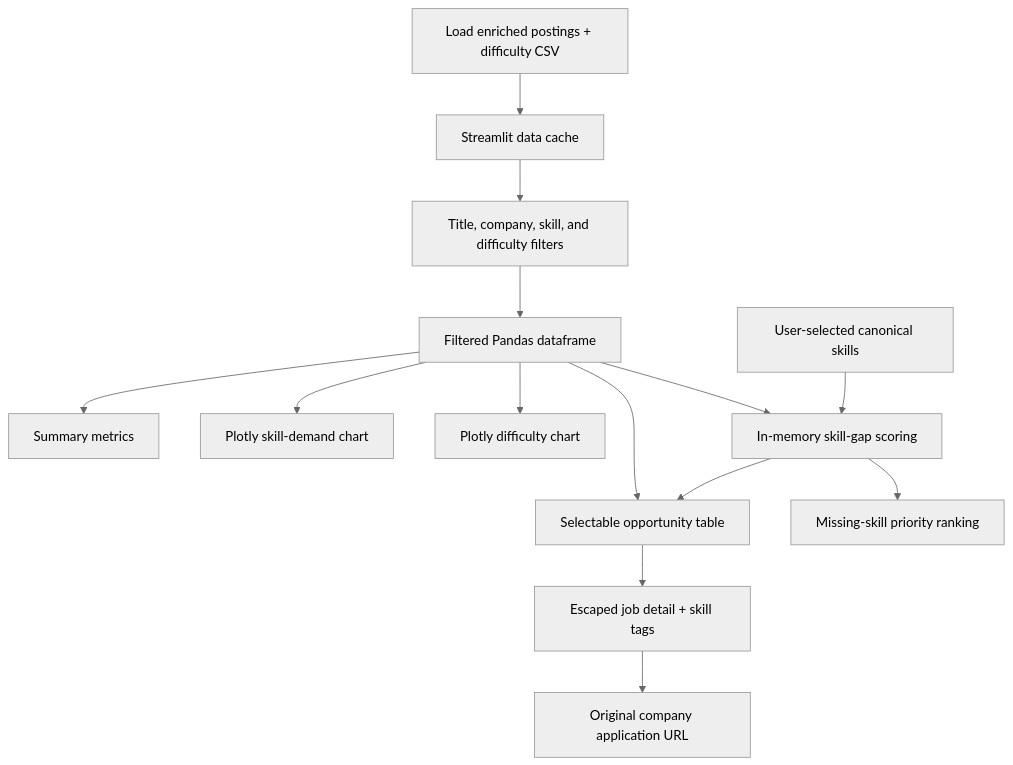
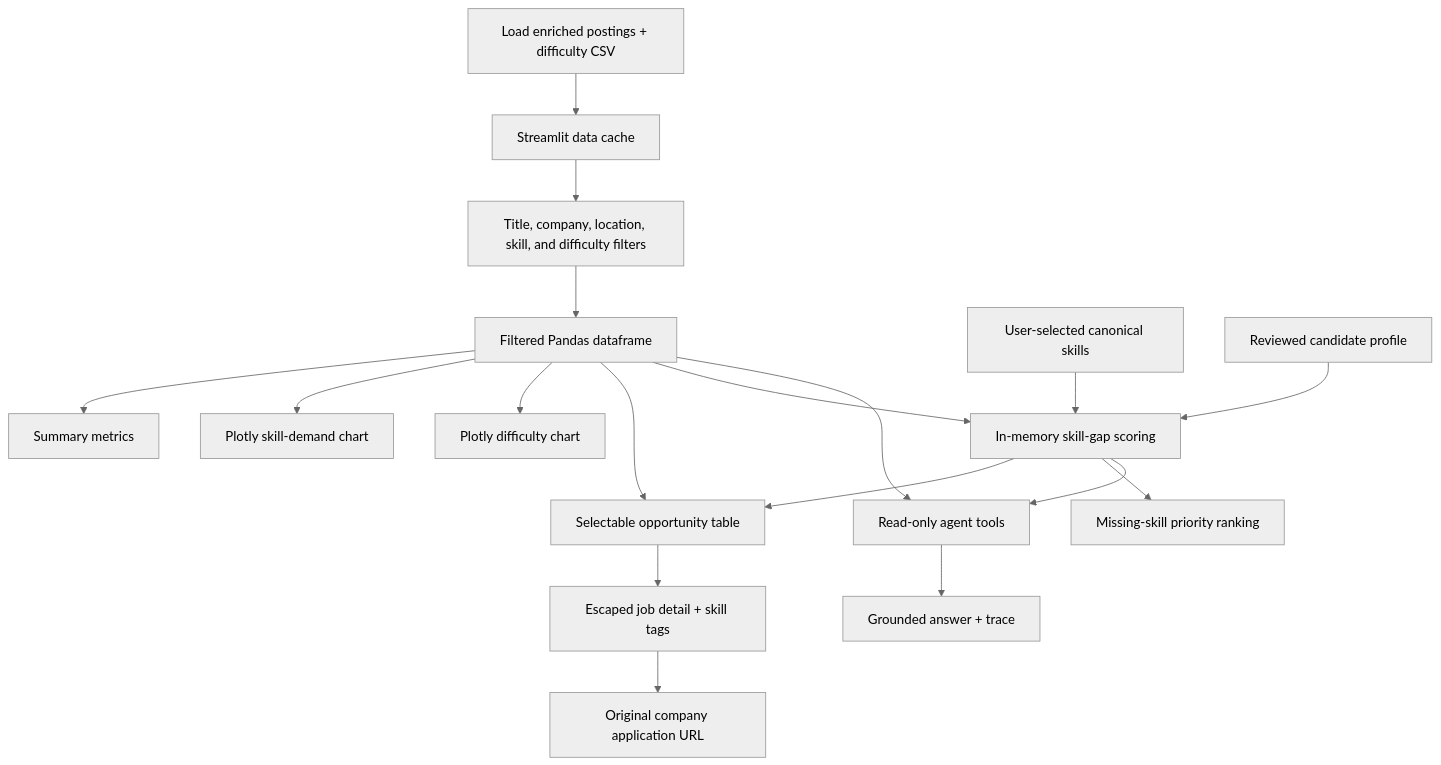
One commit to adarshcm28/Internship-Skill-Analyzer changed the sixth of 7 diagrams in docs/project-architecture.md. Above: the diagram before and after it, drawn with Mermaid (neutral theme). The commit also changed other lines of this file and 17 other files, not shown here.

````diff
--- a/docs/project-architecture.md
+++ b/docs/project-architecture.md
@@ -278,16 +278,20 @@
 ```mermaid
 flowchart TD
     LOAD[Load enriched postings + difficulty CSV] --> CACHE[Streamlit data cache]
-    CACHE --> FILTERS[Title, company, skill, and difficulty filters]
+    CACHE --> FILTERS[Title, company, location, skill, and difficulty filters]
     FILTERS --> VIEW[Filtered Pandas dataframe]
     VIEW --> METRICS[Summary metrics]
     VIEW --> BAR[Plotly skill-demand chart]
     VIEW --> PIE[Plotly difficulty chart]
     VIEW --> TABLE[Selectable opportunity table]
     PROFILE[User-selected canonical skills] --> GAP[In-memory skill-gap scoring]
     VIEW --> GAP
     GAP --> TABLE
     GAP --> LEARN[Missing-skill priority ranking]
     TABLE --> DETAIL[Escaped job detail + skill tags]
     DETAIL --> LINK[Original company application URL]
+    RESUME[Reviewed candidate profile] --> GAP
+    VIEW --> TOOLS[Read-only agent tools]
+    GAP --> TOOLS
+    TOOLS --> ANSWER[Grounded answer + trace]
 ```
````
